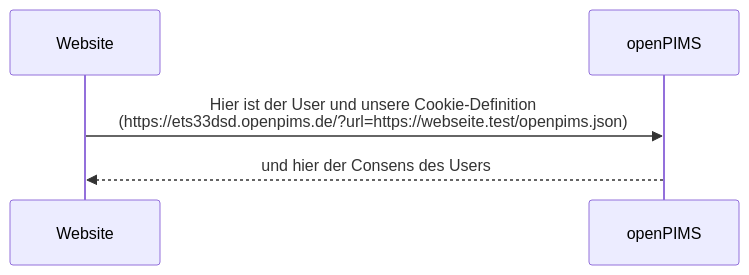
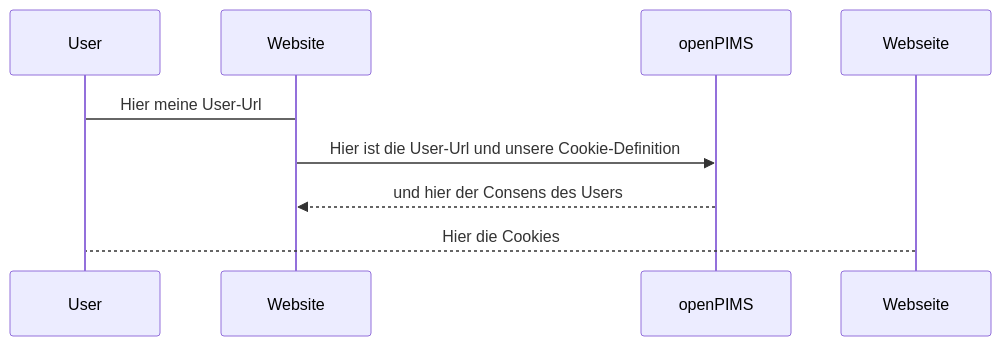
One commit to openpims/openpims changed the third of 3 diagrams in README.md. Above: the diagram before and after it, drawn with Mermaid.

````diff
--- a/README.md
+++ b/README.md
@@ -68,5 +68,7 @@
 ```mermaid
   sequenceDiagram
-    Website->>openPIMS: Hier ist der User und unsere Cookie-Definition<br>(https://ets33dsd.openpims.de/?url=https://webseite.test/openpims.json)
+    User->Website: Hier meine User-Url
+    Website->>openPIMS: Hier ist die User-Url und unsere Cookie-Definition
     openPIMS-->>Website: und hier der Consens des Users
+    Webseite-->User: Hier die Cookies
 ```
````
